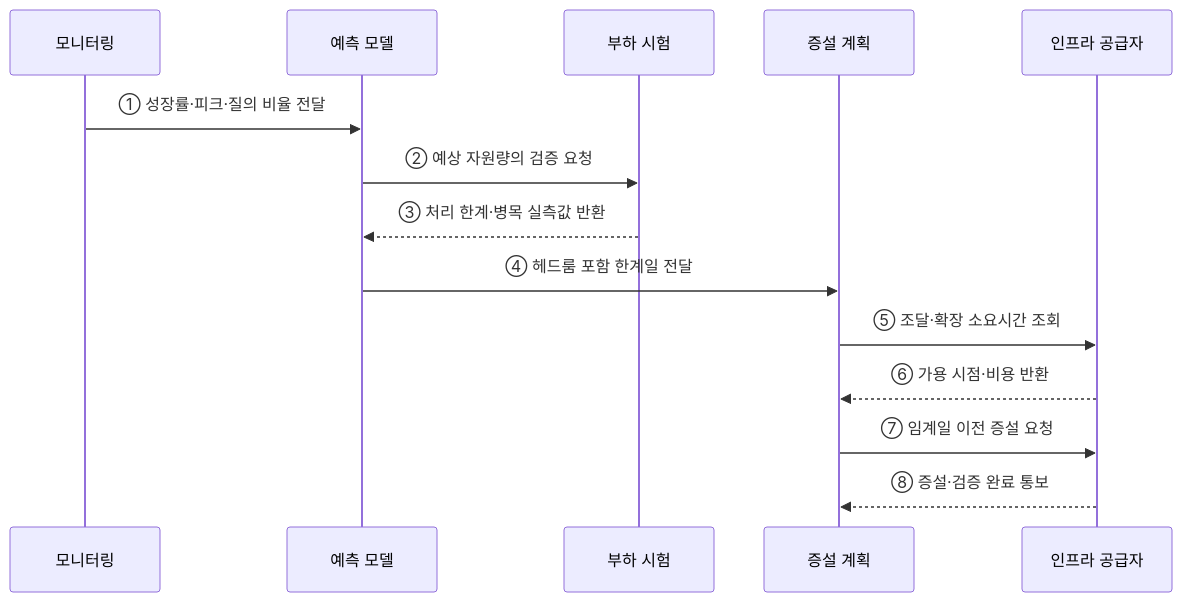
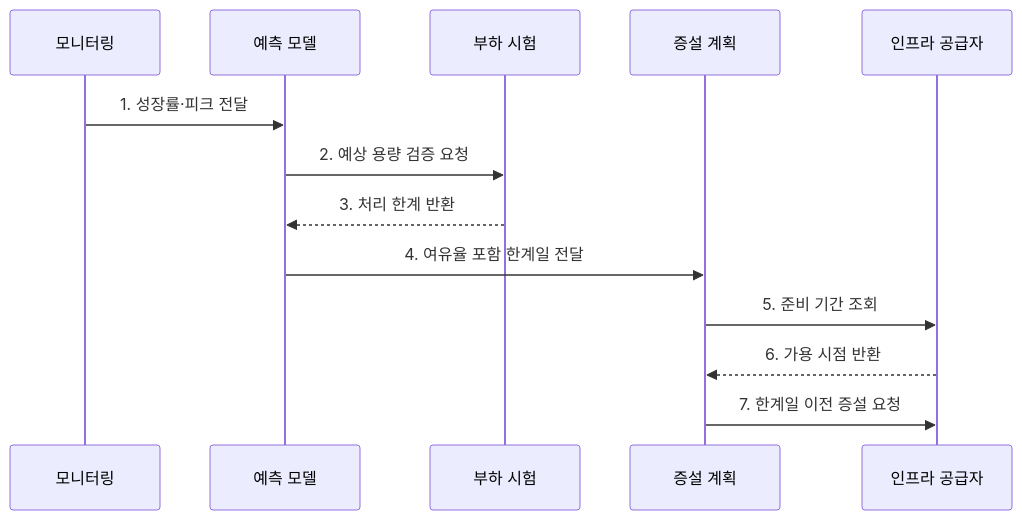
One commit to agnusdei1207/knowledge-base changed the second of 2 diagrams in src/content/docs/notes/03-software/101_db_capacity_planning.md. Above: the diagram before and after it, drawn with Mermaid. The commit also changed other lines of this file and 20 other files, not shown here.

````diff
--- a/src/content/docs/notes/03-software/101_db_capacity_planning.md
+++ b/src/content/docs/notes/03-software/101_db_capacity_planning.md
@@ -71,16 +79,15 @@
 ```mermaid
 sequenceDiagram
     participant M as 모니터링
     participant F as 예측 모델
     participant T as 부하 시험
     participant P as 증설 계획
     participant I as 인프라 공급자
-    M->>F: ① 성장률·피크·질의 비율 전달
-    F->>T: ② 예상 자원량의 검증 요청
-    T-->>F: ③ 처리 한계·병목 실측값 반환
-    F->>P: ④ 헤드룸 포함 한계일 전달
-    P->>I: ⑤ 조달·확장 소요시간 조회
-    I-->>P: ⑥ 가용 시점·비용 반환
-    P->>I: ⑦ 임계일 이전 증설 요청
-    I-->>P: ⑧ 증설·검증 완료 통보
+    M->>F: 1. 성장률·피크 전달
+    F->>T: 2. 예상 용량 검증 요청
+    T-->>F: 3. 처리 한계 반환
+    F->>P: 4. 여유율 포함 한계일 전달
+    P->>I: 5. 준비 기간 조회
+    I-->>P: 6. 가용 시점 반환
+    P->>I: 7. 한계일 이전 증설 요청
 ```
````
